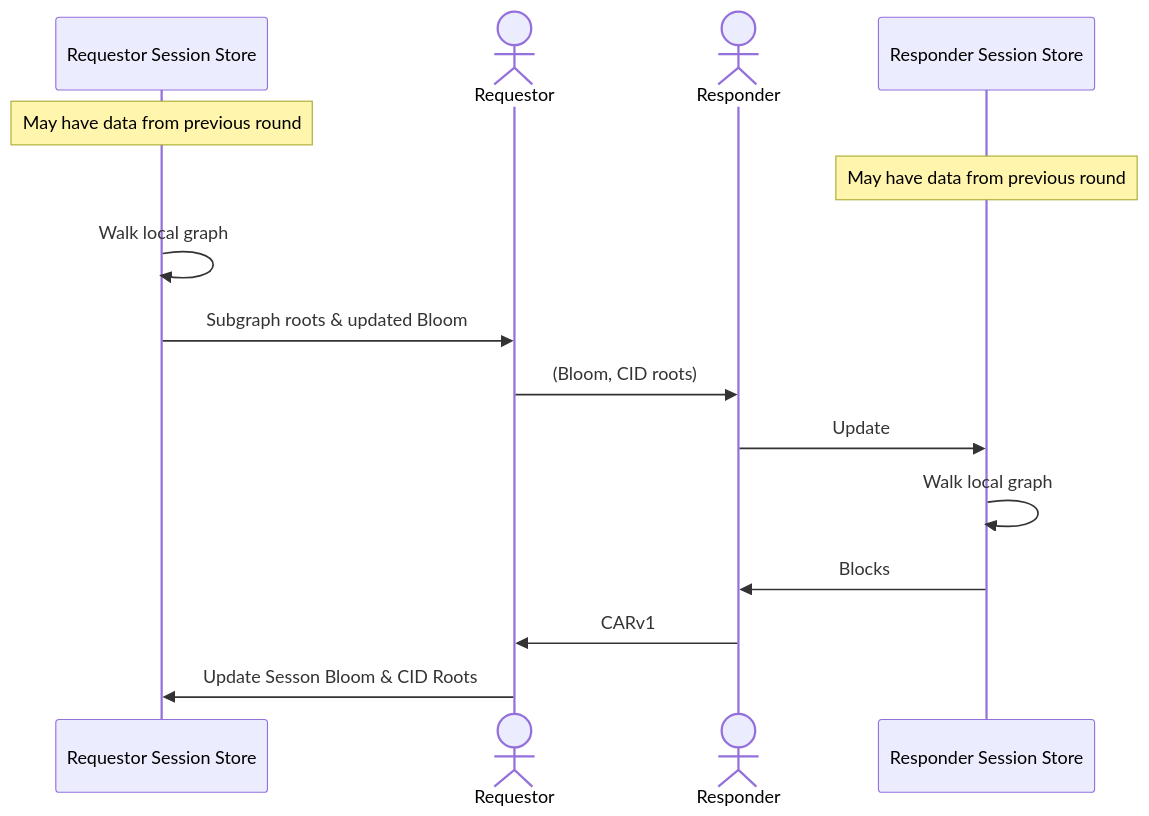
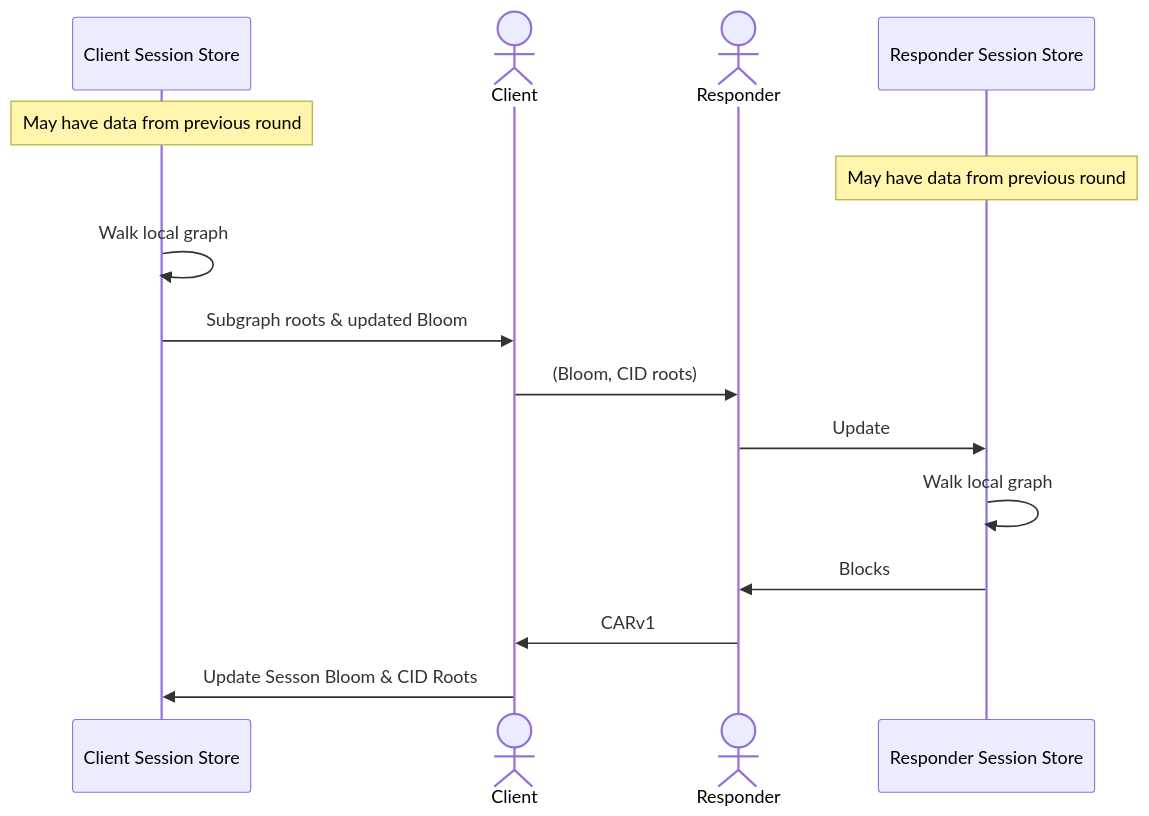
Before and after one commit to wnfs-wg/car-mirror-spec: the second of 3 diagrams in README.md, drawn with Mermaid. The commit also changed other lines of this file, not shown here.

Commit message:
Requestor/Provider -> Sender/Receiver

````diff
--- a/README.md
+++ b/README.md
@@ -230,19 +231,19 @@
 ```mermaid
 sequenceDiagram
-    participant Requestor Session Store
-    actor Requestor
+    participant Client Session Store
+    actor Client
     actor Responder
     participant Responder Session Store
 
-    Note over Requestor Session Store: May have data from previous round
+    Note over Client Session Store: May have data from previous round
     Note over Responder Session Store: May have data from previous round
 
-    Requestor Session Store ->> Requestor Session Store: Walk local graph
-    Requestor Session Store ->> Requestor: Subgraph roots & updated Bloom
-    Requestor ->> Responder: (Bloom, CID roots)
+    Client Session Store ->> Client Session Store: Walk local graph
+    Client Session Store ->> Client: Subgraph roots & updated Bloom
+    Client ->> Responder: (Bloom, CID roots)
     Responder ->> Responder Session Store: Update
     Responder Session Store ->> Responder Session Store: Walk local graph
     Responder Session Store ->> Responder: Blocks
-    Responder ->> Requestor: CARv1
-    Requestor ->> Requestor Session Store: Update Sesson Bloom & CID Roots
+    Responder ->> Client: CARv1
+    Client ->> Client Session Store: Update Sesson Bloom & CID Roots
 ```
````
